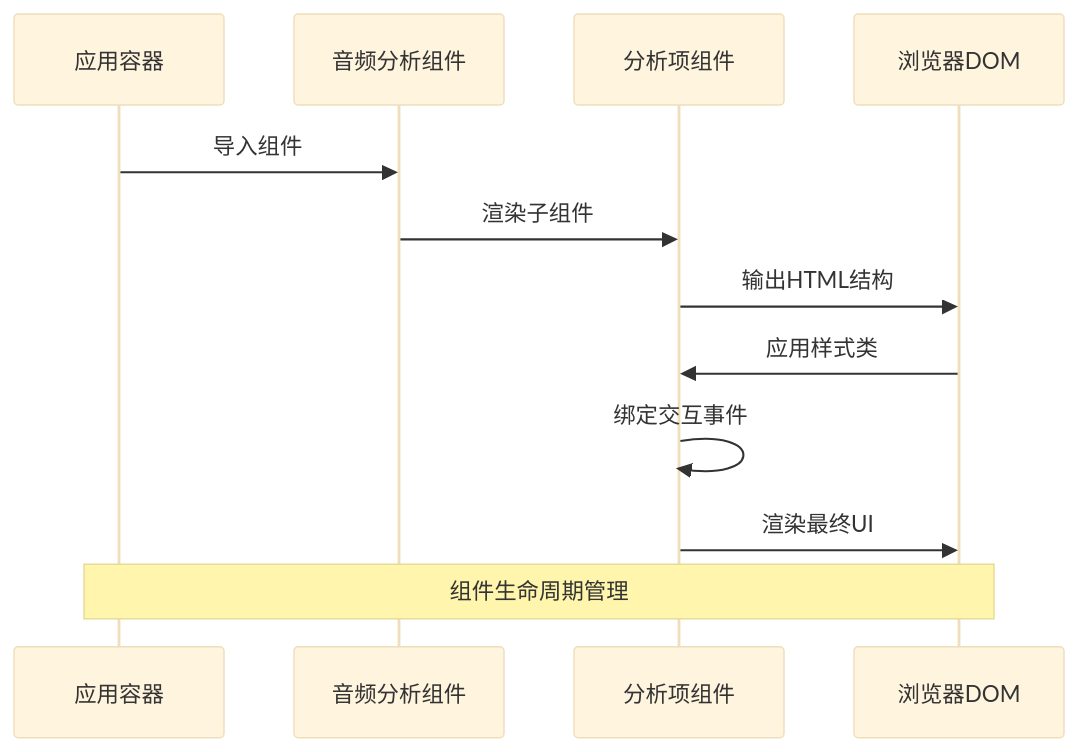
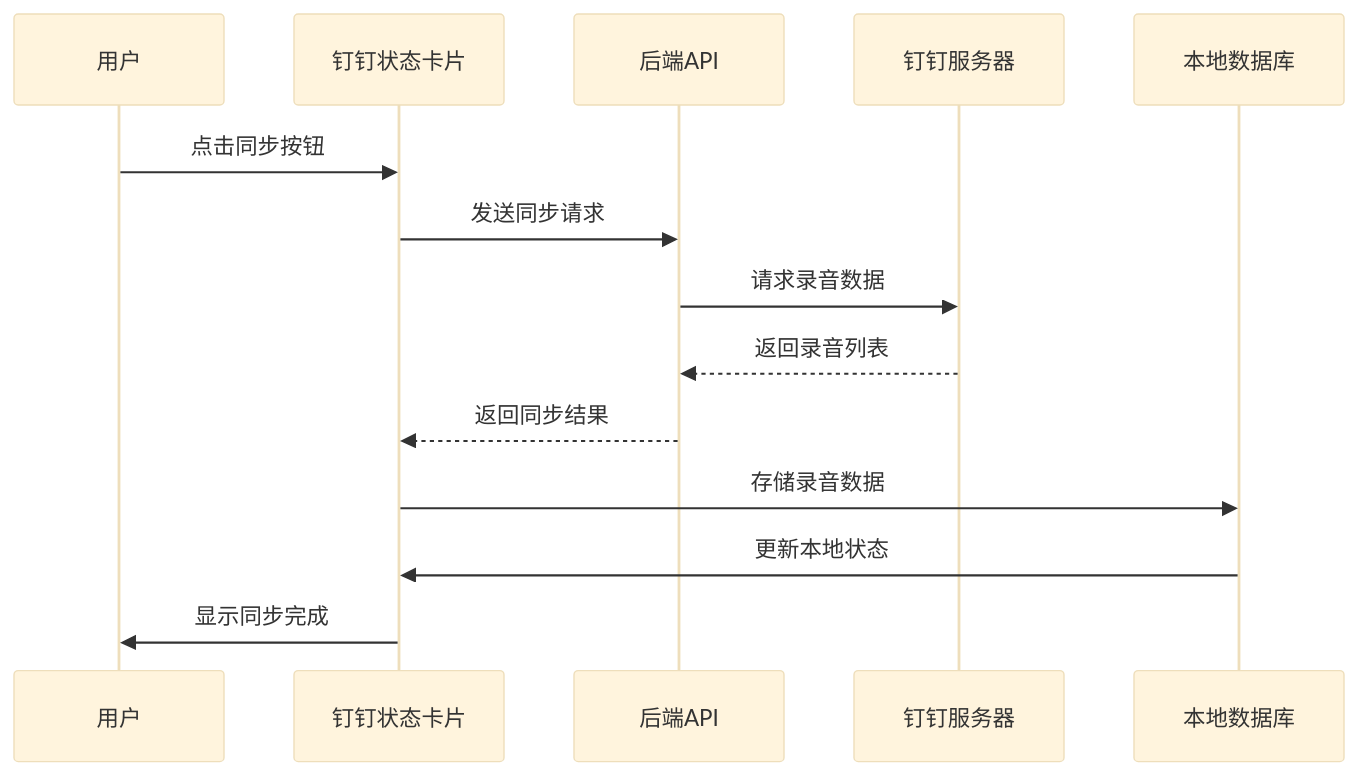
One commit to xianjianshenqu/SalesFlow-CRM changed the fifth of 10 diagrams in .qoder/repowiki/zh/content/核心组件/AI音频分析组件 (AIAudioAnalysis).md. Above: the diagram before and after it, drawn with Mermaid (base theme). The commit also changed other lines of this file and 36 other files, not shown here.

````diff
--- a/.qoder/repowiki/zh/content/核心组件/AI音频分析组件 (AIAudioAnalysis).md
+++ b/.qoder/repowiki/zh/content/核心组件/AI音频分析组件 (AIAudioAnalysis).md
@@ -245,14 +244,16 @@
 ```mermaid
 sequenceDiagram
-participant App as 应用容器
-participant AIAudio as 音频分析组件
-participant AnalysisItem as 分析项组件
-participant DOM as 浏览器DOM
-App->>AIAudio : 导入组件
-AIAudio->>AnalysisItem : 渲染子组件
-AnalysisItem->>DOM : 输出HTML结构
-DOM->>AnalysisItem : 应用样式类
-AnalysisItem->>AnalysisItem : 绑定交互事件
-AnalysisItem->>DOM : 渲染最终UI
-Note over App,DOM : 组件生命周期管理
+participant User as 用户
+participant UI as 钉钉状态卡片
+participant API as 后端API
+participant DingTalk as 钉钉服务器
+participant LocalDB as 本地数据库
+User->>UI : 点击同步按钮
+UI->>API : 发送同步请求
+API->>DingTalk : 请求录音数据
+DingTalk-->>API : 返回录音列表
+API-->>UI : 返回同步结果
+UI->>LocalDB : 存储录音数据
+LocalDB->>UI : 更新本地状态
+UI->>User : 显示同步完成
 ```
````
